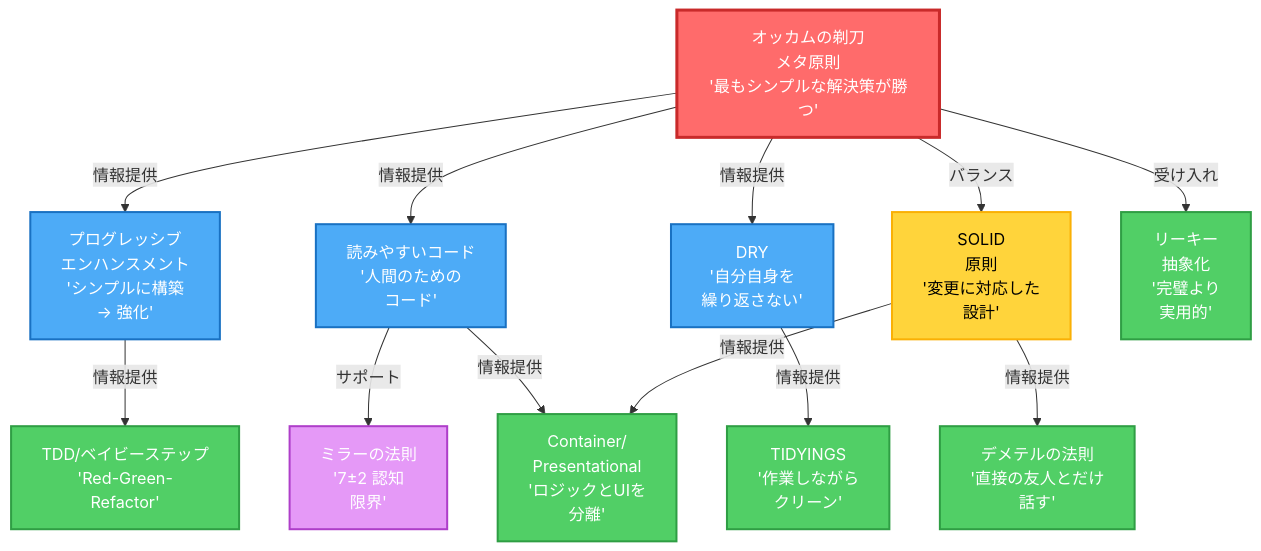
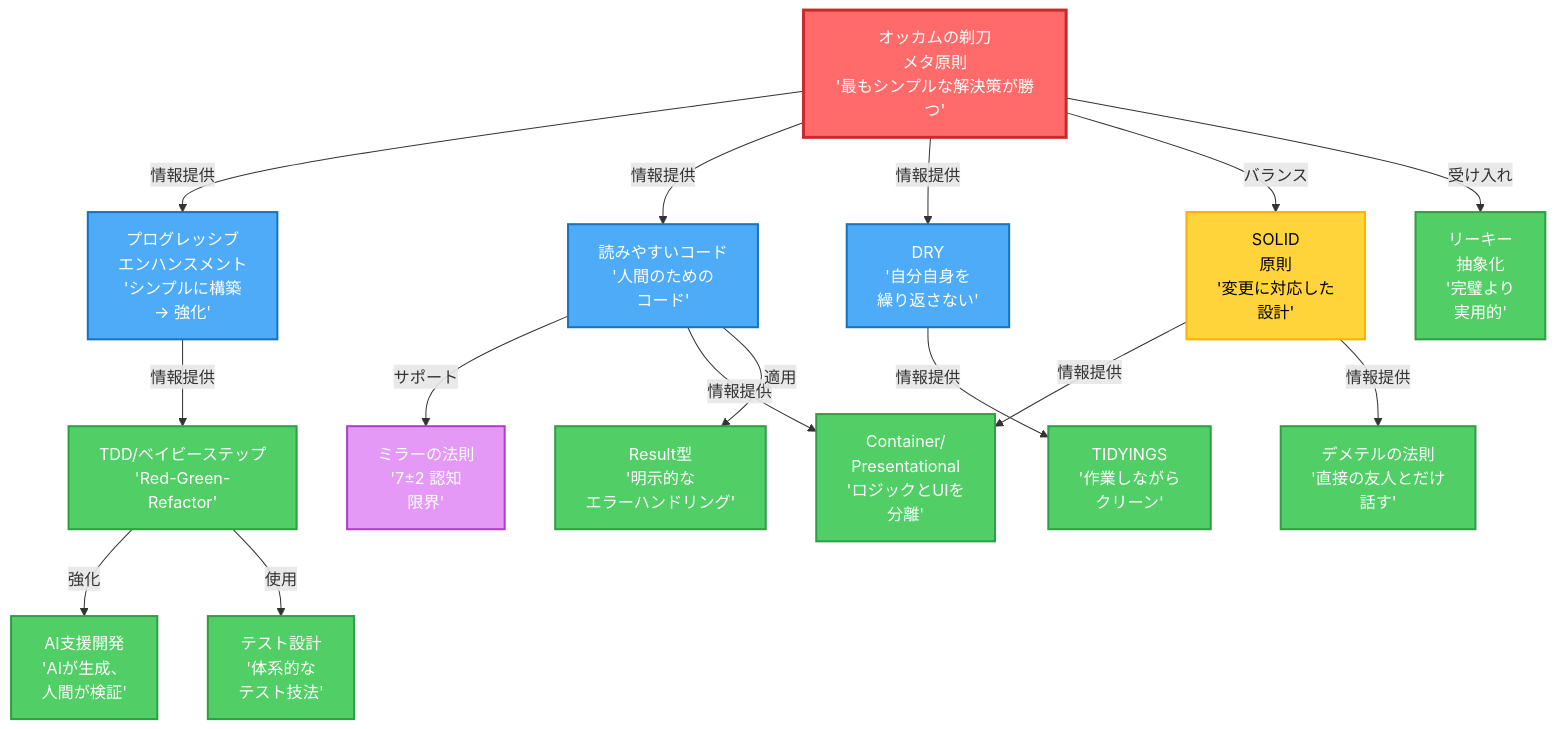
Before and after one commit to thkt/dotclaude: the diagram in .ja/rules/PRINCIPLE_RELATIONSHIPS.md, drawn with Mermaid. The commit also changed other lines of this file and 1 other file, not shown here.

Commit message:
refactor(rules): integrate orphaned files into PRINCIPLE_RELATIONSHIPS
- Add TEST_GENERATION.md, AI_ASSISTED_DEVELOPMENT.md, RESULT_TYPE_HANDLING.md
- Add three new relationships to Key Relationships table (#11-13)
- Update Mermaid diagram with AI, TD, RT nodes
- Sync EN/JP versions

````diff
--- a/.ja/rules/PRINCIPLE_RELATIONSHIPS.md
+++ b/.ja/rules/PRINCIPLE_RELATIONSHIPS.md
@@ -7,42 +7,51 @@
 ```mermaid
 graph TD
     %% メタ原則を最上部に
     OR[オッカムの剃刀<br/>メタ原則<br/>'最もシンプルな解決策が勝つ']
 
     %% レベル1: 普遍的原則
     OR -->|情報提供| PE[プログレッシブ<br/>エンハンスメント<br/>'シンプルに構築<br/>→ 強化']
     OR -->|情報提供| RC[読みやすいコード<br/>'人間のための<br/>コード']
     OR -->|情報提供| DRY[DRY<br/>'自分自身を<br/>繰り返さない']
 
     %% 読みやすいコードをサポートする原則
     RC -->|サポート| ML[ミラーの法則<br/>'7±2 認知<br/>限界']
 
     %% レベル2: 適用されるプラクティス（プログレッシブエンハンスメントから）
     PE -->|情報提供| TDD[TDD/ベイビーステップ<br/>'Red-Green-<br/>Refactor']
 
     %% レベル2: 適用されるプラクティス（読みやすいコード & DRYから）
     RC -->|情報提供| CP[Container/<br/>Presentational<br/>'ロジックとUIを<br/>分離']
     DRY -->|情報提供| TIDY[TIDYINGS<br/>'作業しながら<br/>クリーン']
 
     %% SOLIDを別のティアとして
     SOLID[SOLID<br/>原則<br/>'変更に対応した<br/>設計']
     OR -->|バランス| SOLID
     SOLID -->|情報提供| CP
     SOLID -->|情報提供| LOD[デメテルの法則<br/>'直接の友人とだけ<br/>話す']
 
     %% リーキー抽象化
     OR -->|受け入れ| LA[リーキー<br/>抽象化<br/>'完璧より<br/>実用的']
 
+    %% AI支援開発
+    TDD -->|強化| AI[AI支援開発<br/>'AIが生成、<br/>人間が検証']
+
+    %% テスト設計（TDDから）
+    TDD -->|使用| TD[テスト設計<br/>'体系的な<br/>テスト技法']
+
+    %% Result型（読みやすいコードから）
+    RC -->|適用| RT[Result型<br/>'明示的な<br/>エラーハンドリング']
+
     %% 異なる原則タイプのスタイリング
     classDef metaPrinciple fill:#ff6b6b,stroke:#c92a2a,stroke-width:3px,color:#fff
     classDef universalPrinciple fill:#4dabf7,stroke:#1971c2,stroke-width:2px,color:#fff
     classDef appliedPractice fill:#51cf66,stroke:#2f9e44,stroke-width:2px,color:#fff
     classDef contextual fill:#ffd43b,stroke:#fab005,stroke-width:2px,color:#000
     classDef scientific fill:#e599f7,stroke:#ae3ec9,stroke-width:2px,color:#fff
 
     class OR metaPrinciple
     class PE,RC,DRY universalPrinciple
-    class TDD,CP,TIDY,LOD,LA appliedPractice
+    class TDD,CP,TIDY,LOD,LA,AI,TD,RT appliedPractice
     class SOLID contextual
     class ML scientific
 ```
````
